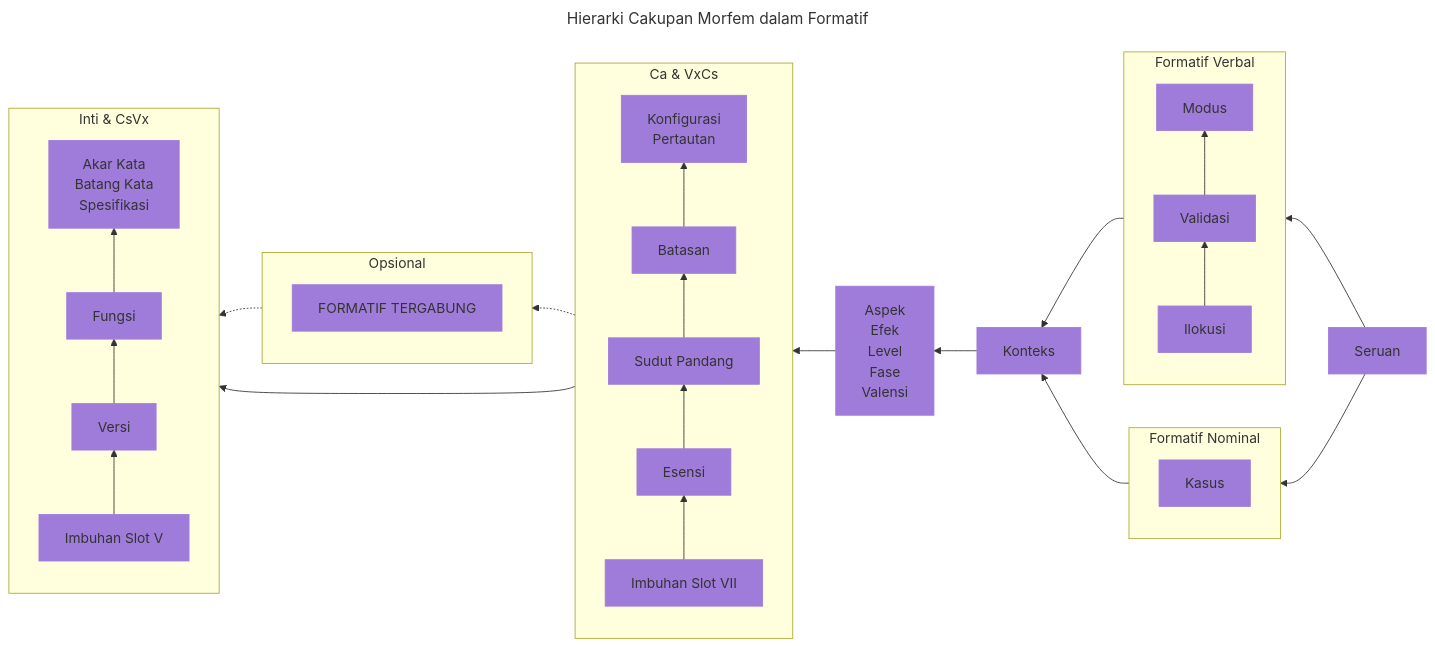
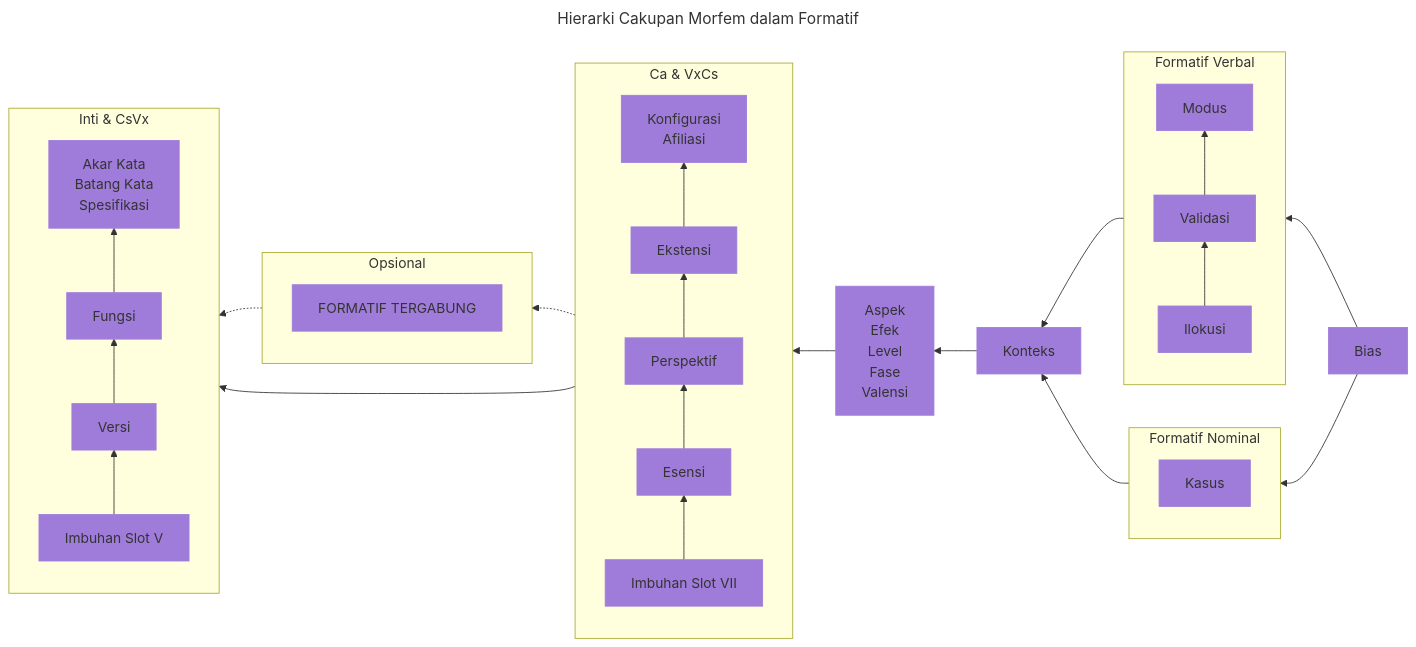
Before and after one commit to Hasbi2816/yuorb.github.io-id: the diagram in src/id/docs/02.md, drawn with Mermaid. The commit also changed other lines of this file and 3 other files, not shown here.

````diff
--- a/src/id/docs/02.md
+++ b/src/id/docs/02.md
@@ -203,52 +203,52 @@
 ```mermaid
 ---
 title: Hierarki Cakupan Morfem dalam Formatif
 ---
 flowchart RL
     subgraph CORE [Inti & CsVx]
     direction BT
     a["Akar Kata
     Batang Kata
     Spesifikasi"]
     b[Fungsi]
     c[Versi]
     d[Imbuhan Slot V]
     d-->c-->b-->a
     end
     subgraph opt [Opsional]
     e["FORMATIF TERGABUNG"]
     end
     subgraph Ca [Ca & VxCs]
     direction BT
     f["Konfigurasi
-    Pertautan"]
-    g[Batasan]
-    h[Sudut Pandang]
+    Afiliasi"]
+    g[Ekstensi]
+    h[Perspektif]
     i[Esensi]
     j[Imbuhan Slot VII]
     j-->i-->h-->g-->f
     end
     k["Aspek
     Efek
     Level
     Fase
     Valensi"]
     l[Konteks]
     l-->k-->Ca-.->opt-.->CORE
     Ca-->CORE
     subgraph verb [Formatif Verbal]
     direction BT
     p[Ilokusi]-->o[Validasi]-->n[Modus]
     end
     subgraph noun [Formatif Nominal]
     direction BT
     m[Kasus]
     end
     verb-->l
     noun-->l
-    q[Seruan]
+    q[Bias]
     q-->verb
     q-->noun
     class a,b,c,d,e,f,g,h,i,j,k,l,m,n,o,p,q styl;
     classDef styl fill:#a07cda,stroke:#a07cda
 ```
````
